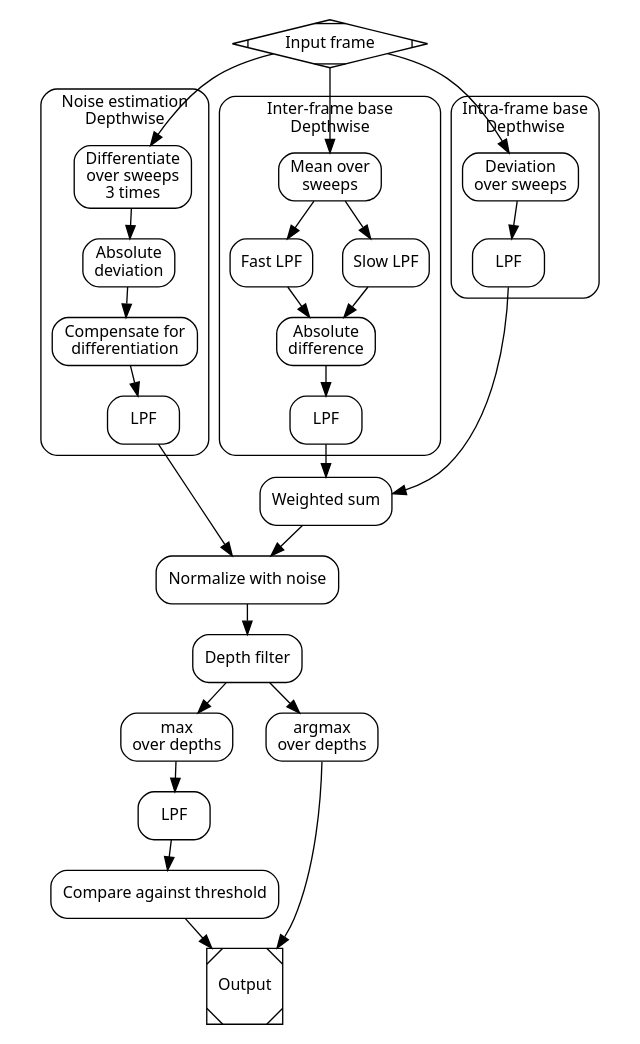
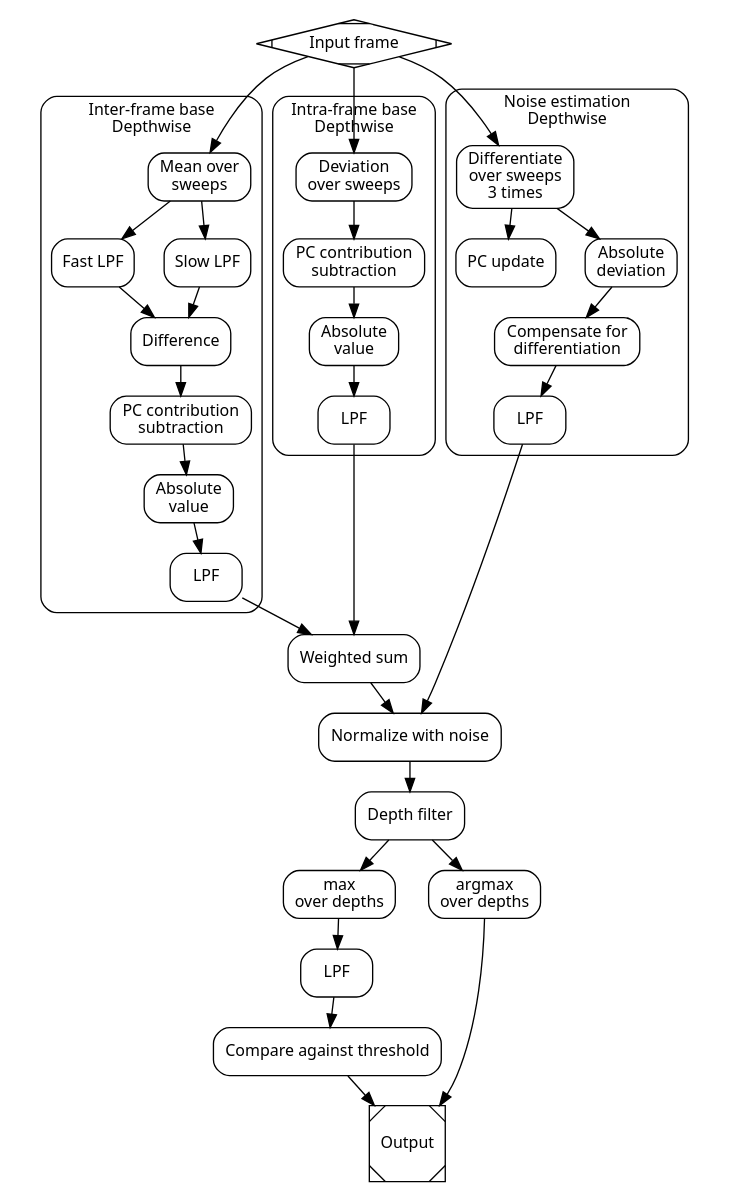
The diagram in docs/graphs/presence_detection_sparse.dot (acconeer/acconeer-python-exploration), drawn with Graphviz before and after one commit. The commit also changed 1 other file, not shown here.

Commit message:
Update sparse presence detection docs to include PCA based noise reduction

```diff
--- a/docs/graphs/presence_detection_sparse.dot
+++ b/docs/graphs/presence_detection_sparse.dot
@@ -1,70 +1,76 @@
 digraph {
   pad=0.1
   ranksep=0.3
   nodesep=0.3
   bgcolor="#ffffff00"
   fontname=sans
   fontsize=12
   style=rounded
   node [fontname=sans, fontsize=12, shape=record, style=rounded]
 
   subgraph cluster {
     style=invis
 
     subgraph cluster_inter {
         label="Inter-frame base\nDepthwise"
         style=rounded
 
-        sweep_mean -> {fast_lpf, slow_lpf} -> fast_slow_dev -> inter_lpf
+        sweep_mean -> {fast_lpf, slow_lpf} -> fast_slow_dev -> pc_rem_inter -> abs_dev -> inter_lpf
     }
 
     subgraph cluster_intra {
         label="Intra-frame base\nDepthwise"
         style=rounded
 
-        sweep_dev -> intra_lpf
+        sweep_dev -> pc_rem_intra -> abs_dev_intra -> intra_lpf
     }
 
     subgraph cluster_noise {
         label="Noise estimation\nDepthwise"
         style=rounded
 
-        noise_diff -> noise_dev -> noise_comp -> noise_lpf
+        noise_diff -> {pc_update, noise_dev}
+        noise_dev -> noise_comp -> noise_lpf
     }
   }
 
   in -> {sweep_mean, sweep_dev, noise_diff}
 
   {intra_lpf, inter_lpf} -> weighted_sum
   {weighted_sum, noise_lpf} -> norm -> depth_filter
   depth_filter -> out_max -> lp_out -> threshold -> out
   depth_filter -> out_argmax -> out
 
   in [shape=Mdiamond, label="Input frame"]
 
   sweep_mean [label="Mean over\nsweeps"]
   fast_lpf [label="Fast LPF"]
   slow_lpf [label="Slow LPF"]
-  fast_slow_dev [label="Absolute\ndifference"]
+  fast_slow_dev [label="Difference"]
+  pc_rem_inter [label="PC contribution\nsubtraction"]
+  abs_dev [label="Absolute\nvalue"]
   inter_lpf [label="LPF"]
 
   sweep_dev [label="Deviation\nover sweeps"]
+  pc_rem_intra [label="PC contribution\nsubtraction"]
+  abs_dev_intra [label="Absolute\nvalue"]
   intra_lpf [label="LPF"]
 
   noise_diff [label="Differentiate\nover sweeps\n3 times"]
   noise_dev [label="Absolute\ndeviation"]
+  pc_update [label="PC update"]
   noise_comp [label="Compensate for\ndifferentiation"]
   noise_lpf [label="LPF"]
 
   weighted_sum [label="Weighted sum"]
   norm [label="Normalize with noise"]
 
   depth_filter [label="Depth filter"]
   out_max [label="max\nover depths"]
   lp_out [label="LPF"]
   threshold [label="Compare against threshold"]
 
   out_argmax [label="argmax\nover depths"]
 
   out [shape=Msquare, label="Output"]
 }
```
